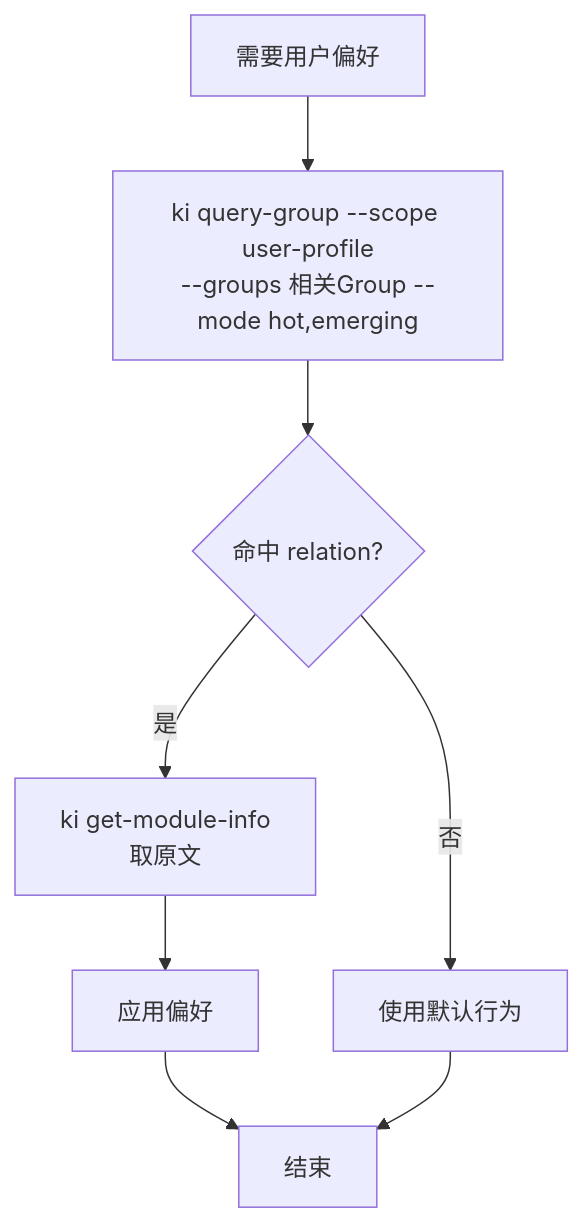
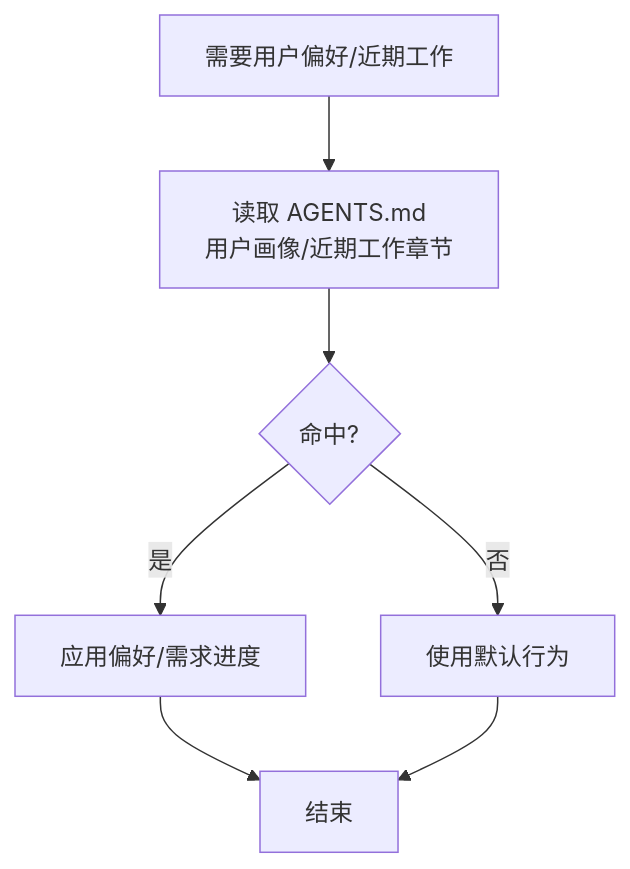
One commit to HACK-WU/kisearch changed the fifth of 5 diagrams in docs/memory-system-dataflow.md. Above: the diagram before and after it, drawn with Mermaid. The commit also changed other lines of this file and 18 other files, not shown here.

````diff
--- a/docs/memory-system-dataflow.md
+++ b/docs/memory-system-dataflow.md
@@ -147,10 +149,9 @@
 ```mermaid
 flowchart TD
-    A[需要用户偏好] --> B[ki query-group --scope user-profile<br/>--groups 相关Group --mode hot,emerging]
-    B --> C{命中 relation?}
-    C -- 是 --> D[ki get-module-info<br/>取原文]
-    D --> E[应用偏好]
-    E --> F[结束]
+    A[需要用户偏好/近期工作] --> B[读取 AGENTS.md<br/>用户画像/近期工作章节]
+    B --> C{命中?}
+    C -- 是 --> D[应用偏好/需求进度]
+    D --> E[结束]
     C -- 否 --> J[使用默认行为]
-    J --> F
+    J --> E
 ```
````
